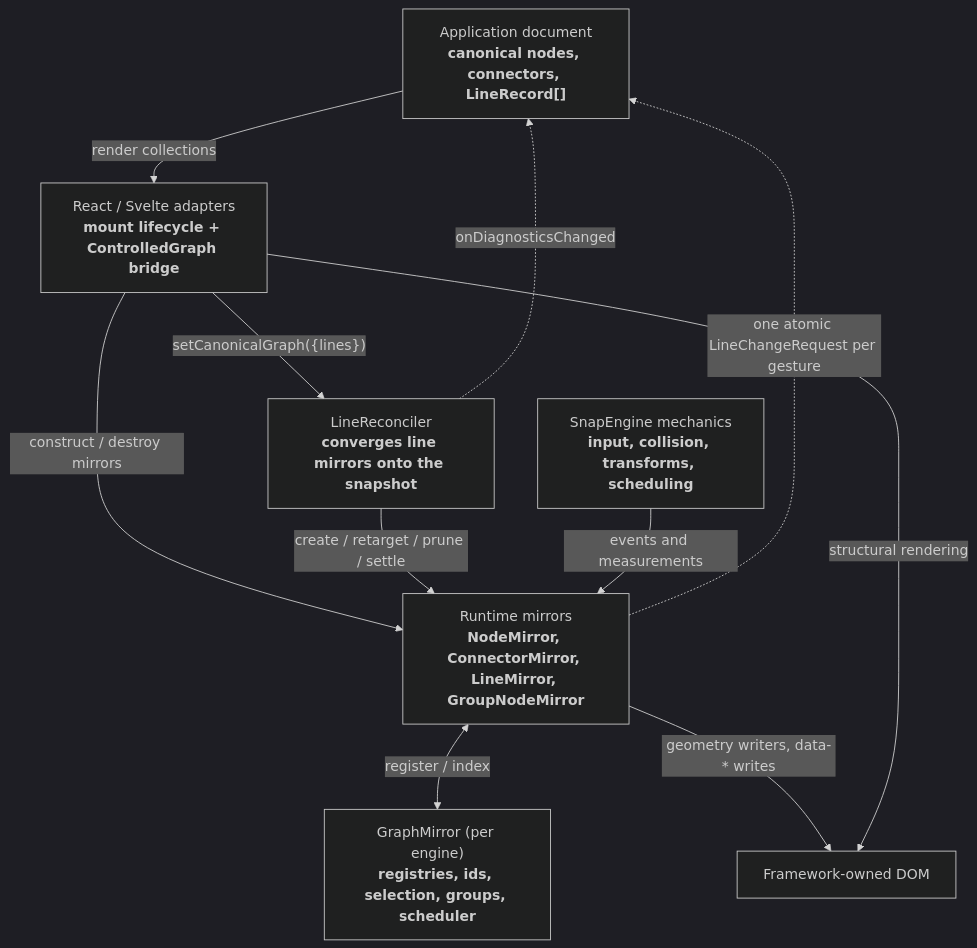
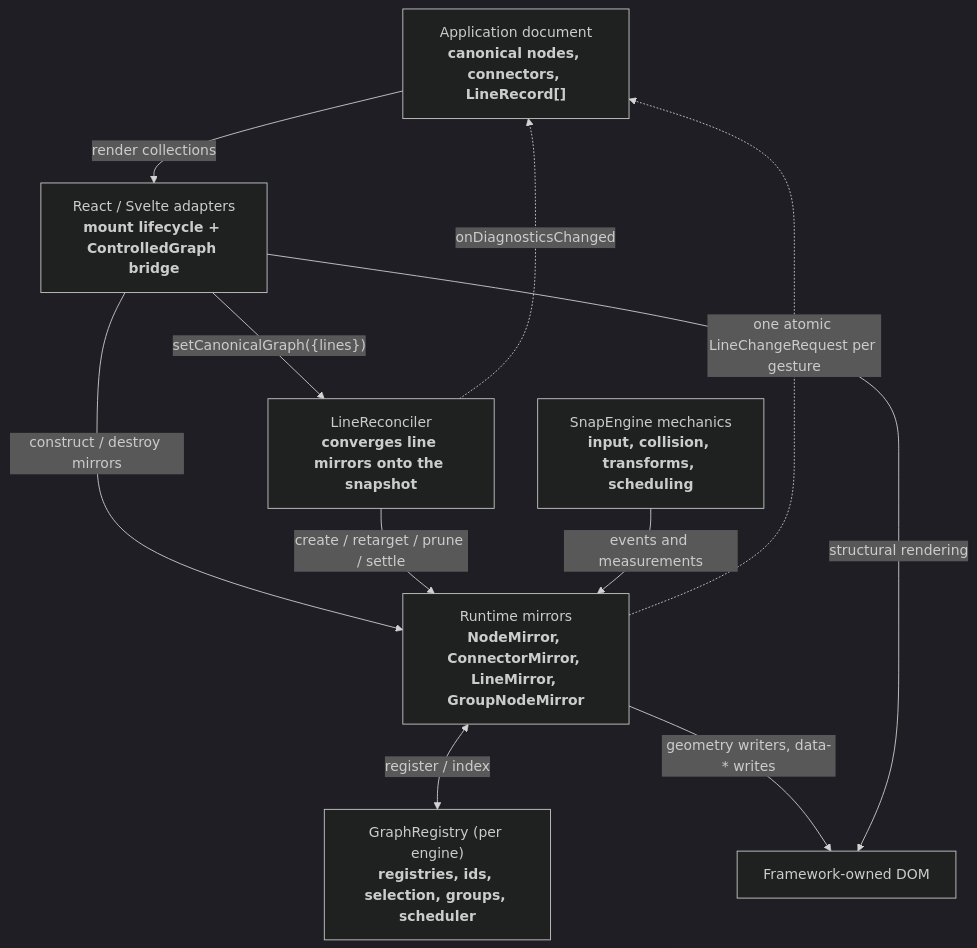
One commit to tfukaza/SnapLineJS changed the first of 3 diagrams in docs/snapline/design/current-architecture.md. Above: the diagram before and after it, drawn with Mermaid (dark theme). The commit also changed other lines of this file and 24 other files, not shown here.

````diff
--- a/docs/snapline/design/current-architecture.md
+++ b/docs/snapline/design/current-architecture.md
@@ -53,21 +53,21 @@
 ```mermaid
 flowchart TB
   APP["Application document<br/><b>canonical nodes, connectors, LineRecord[]</b>"]
   ADAPTER["React / Svelte adapters<br/><b>mount lifecycle + ControlledGraph bridge</b>"]
   RECON["LineReconciler<br/><b>converges line mirrors onto the snapshot</b>"]
   MIRRORS["Runtime mirrors<br/><b>NodeMirror, ConnectorMirror, LineMirror, GroupNodeMirror</b>"]
-  REGISTRY["GraphMirror (per engine)<br/><b>registries, ids, selection, groups, scheduler</b>"]
+  REGISTRY["GraphRegistry (per engine)<br/><b>registries, ids, selection, groups, scheduler</b>"]
   ENGINE["SnapEngine mechanics<br/><b>input, collision, transforms, scheduling</b>"]
   DOM["Framework-owned DOM"]
 
   APP -->|"render collections"| ADAPTER
   ADAPTER -->|"construct / destroy mirrors"| MIRRORS
   ADAPTER -->|"setCanonicalGraph({lines})"| RECON
   RECON -->|"create / retarget / prune / settle"| MIRRORS
   MIRRORS <-->|"register / index"| REGISTRY
   ENGINE -->|"events and measurements"| MIRRORS
   MIRRORS -->|"geometry writers, data-* writes"| DOM
   ADAPTER -->|"structural rendering"| DOM
   MIRRORS -.->|"one atomic LineChangeRequest per gesture"| APP
   RECON -.->|"onDiagnosticsChanged"| APP
 ```
````
